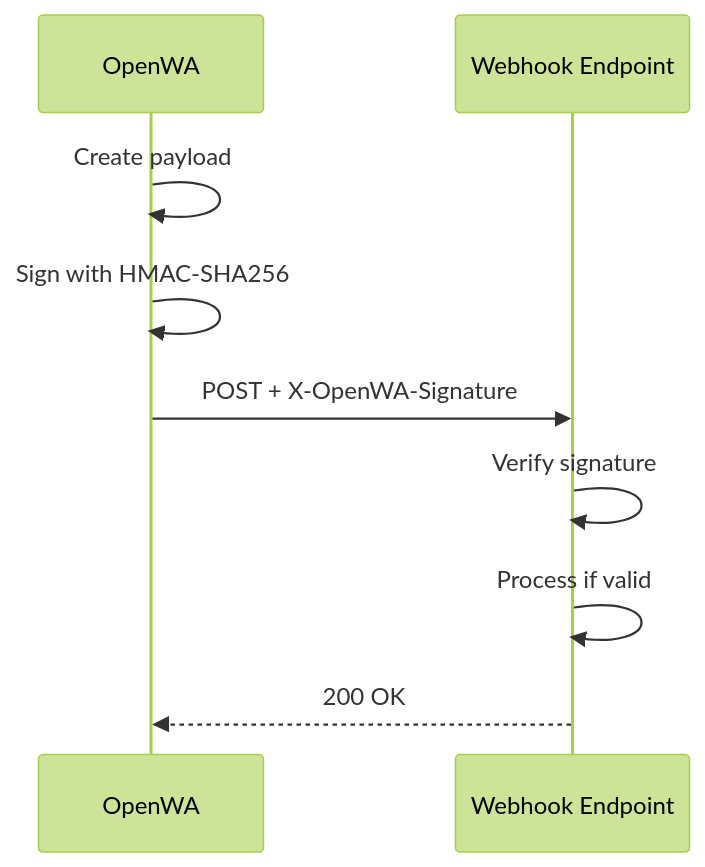
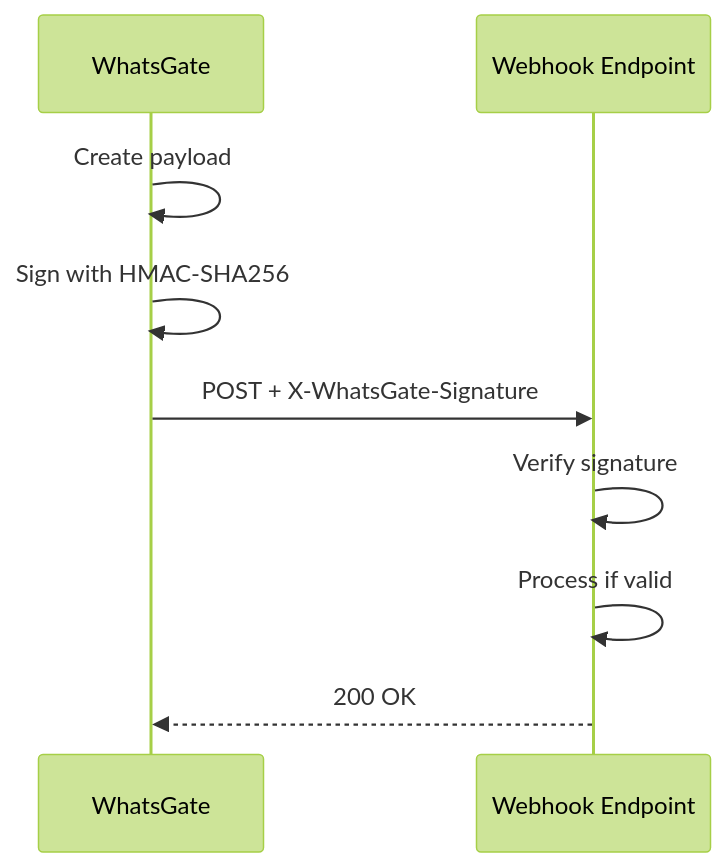
One commit to liminal-loop/whatsgate changed the seventh of 10 diagrams in docs/04-security-design.md. Above: the diagram before and after it, drawn with Mermaid (forest theme). The commit also changed other lines of this file and 46 other files, not shown here.

Commit message:
chore: rebrand OpenWA to WhatsGate across app and docs

````diff
--- a/docs/04-security-design.md
+++ b/docs/04-security-design.md
@@ -405,12 +405,12 @@
 ```mermaid
 sequenceDiagram
-    participant OW as OpenWA
+    participant OW as WhatsGate
     participant WH as Webhook Endpoint
     
     OW->>OW: Create payload
     OW->>OW: Sign with HMAC-SHA256
-    OW->>WH: POST + X-OpenWA-Signature
+    OW->>WH: POST + X-WhatsGate-Signature
     WH->>WH: Verify signature
     WH->>WH: Process if valid
     WH-->>OW: 200 OK
 ```
````
